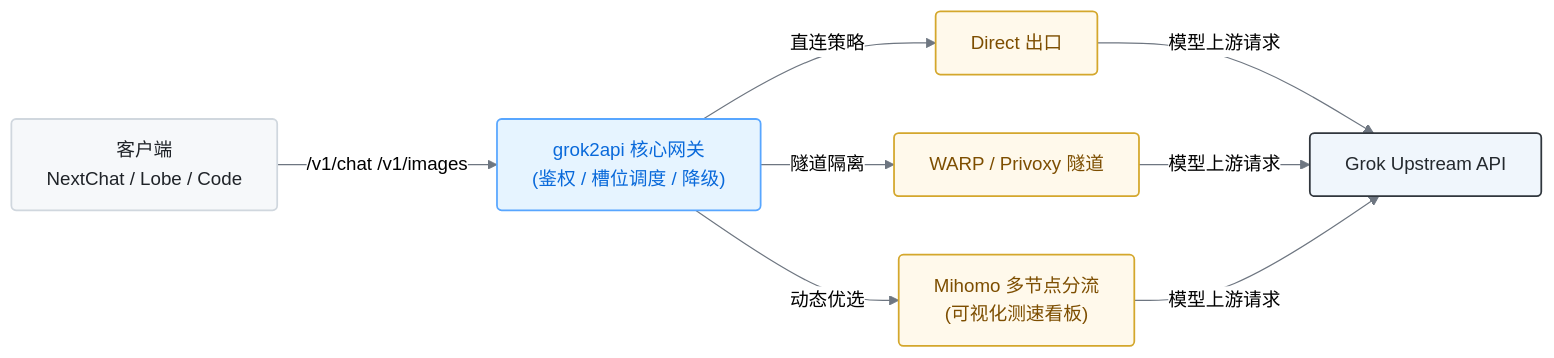
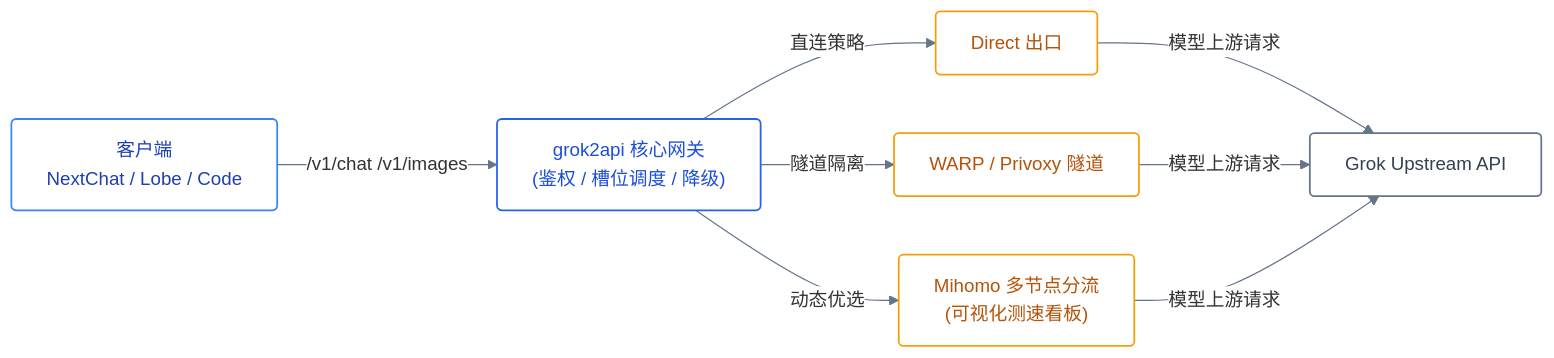
One commit to s1oopX/grok2api-enhanced changed the diagram in README.md. Above: the diagram before and after it, drawn with Mermaid. The commit also changed other lines of this file, not shown here.

Commit message:
docs: overhaul architecture diagram to pure-white, box-free modern styling

````diff
--- a/README.md
+++ b/README.md
@@ -42,16 +42,14 @@
 ```mermaid
-%%{init: {'theme': 'neutral', 'themeVariables': { 'clusterBkg': '#ffffff', 'clusterBorder': '#d0d7de', 'primaryColor': '#f6f8fa', 'primaryBorderColor': '#d0d7de', 'lineColor': '#6e7681' }}}%%
+%%{init: {'theme': 'base', 'themeVariables': { 'edgeLabelBackground': '#ffffff', 'mainBkg': '#ffffff', 'lineColor': '#64748b' }}}%%
 flowchart LR
-    classDef client fill:#f6f8fa,stroke:#d0d7de,stroke-width:1.5px,color:#1f2328,rx:4px,ry:4px;
-    classDef gateway fill:#e6f4ff,stroke:#58a6ff,stroke-width:1.5px,color:#0969da,rx:4px,ry:4px;
-    classDef route fill:#fff9eb,stroke:#d4a72c,stroke-width:1.5px,color:#7d4e00,rx:4px,ry:4px;
-    classDef upstream fill:#f0f6fc,stroke:#30363d,stroke-width:1.5px,color:#24292e,rx:4px,ry:4px;
+    classDef client fill:#ffffff,stroke:#3b82f6,stroke-width:1.5px,color:#1e40af,rx:4px,ry:4px;
+    classDef gateway fill:#ffffff,stroke:#2563eb,stroke-width:1.5px,color:#1d4ed8,rx:4px,ry:4px;
+    classDef route fill:#ffffff,stroke:#f59e0b,stroke-width:1.5px,color:#b45309,rx:4px,ry:4px;
+    classDef upstream fill:#ffffff,stroke:#64748b,stroke-width:1.5px,color:#334155,rx:4px,ry:4px;
 
     C["客户端<br/>NextChat / Lobe / Code"]:::client -->|"/v1/chat /v1/images"| G["grok2api 核心网关<br/>(鉴权 / 槽位调度 / 降级)"]:::gateway
-    
     G -->|"直连策略"| R1["Direct 出口"]:::route
     G -->|"隧道隔离"| R2["WARP / Privoxy 隧道"]:::route
     G -->|"动态优选"| R3["Mihomo 多节点分流<br/>(可视化测速看板)"]:::route
-    
     R1 & R2 & R3 -->|"模型上游请求"| U["Grok Upstream API"]:::upstream
 ```
````
